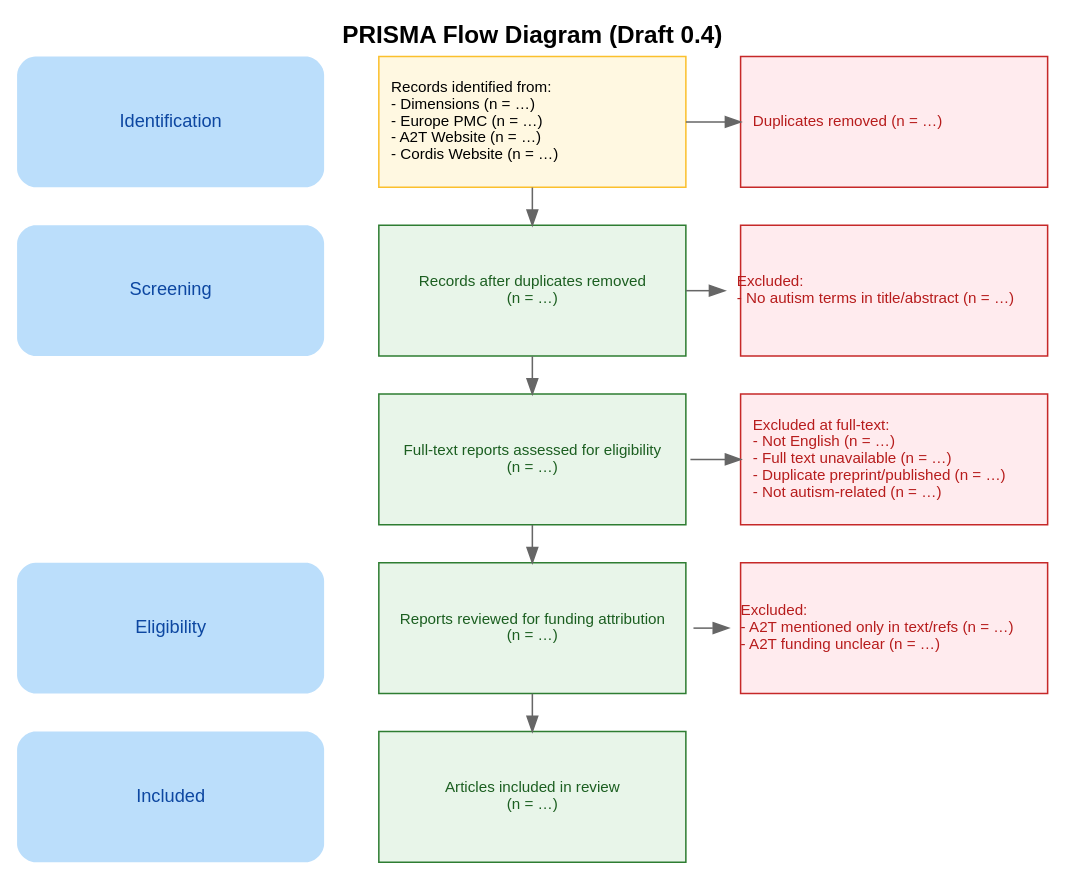
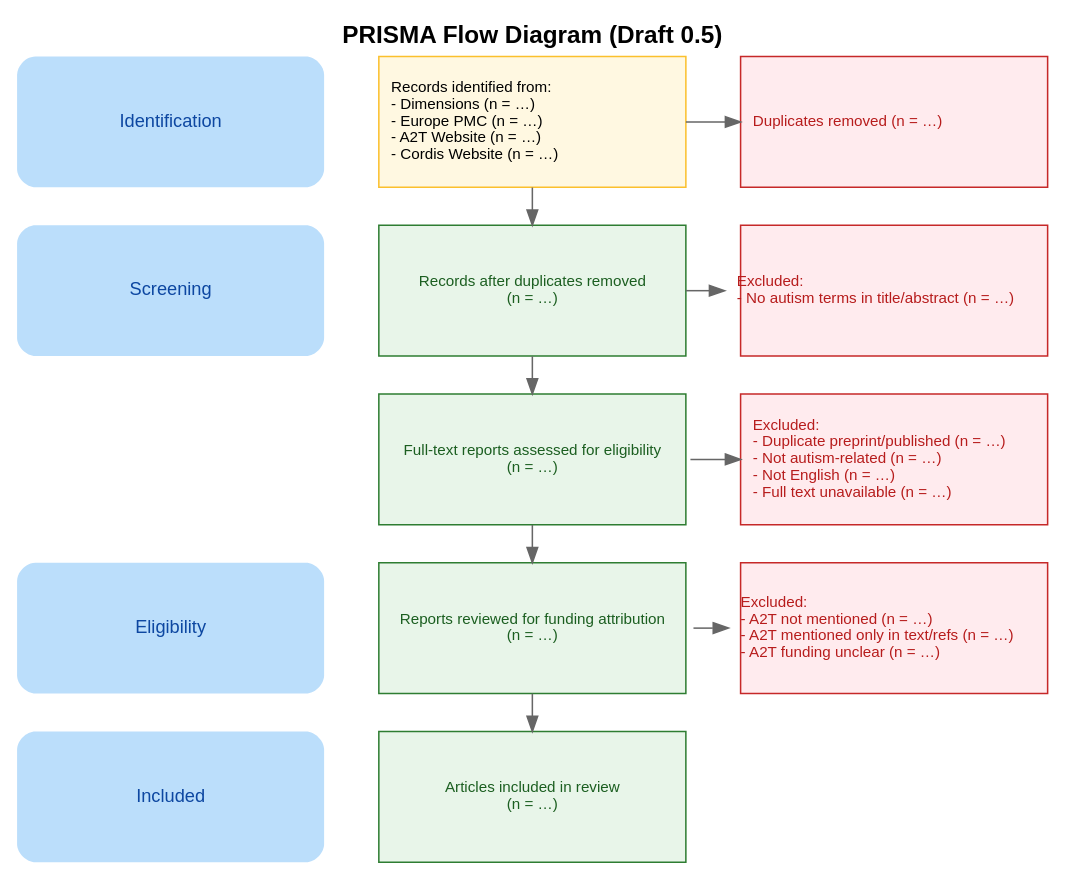
One commit to cedric-detienne/Autistic-participatory-metrics changed the diagram in corpus/AIMS-2-TRIALS/protocol/prisma_diagram/prisma_diagram.dot. Above: the diagram before and after it, drawn with Graphviz.

```diff
--- a/corpus/AIMS-2-TRIALS/protocol/prisma_diagram/prisma_diagram.dot
+++ b/corpus/AIMS-2-TRIALS/protocol/prisma_diagram/prisma_diagram.dot
@@ -1,60 +1,60 @@
 digraph PRISMA2020 {
   /* ── Global settings ─────────────────────────────────────────────── */
   rankdir = TB
   labelloc = "t"
-  label = "PRISMA Flow Diagram (Draft 0.4)"
+  label = "PRISMA Flow Diagram (Draft 0.5)"
   fontsize = 16
   fontname = "Helvetica-Bold"
 
   nodesep = 0.5
   ranksep = 0.35
 
   node [shape=box, fontname="Helvetica", fontsize=10, style=filled, width=2.8, fixedsize=true, height=1.2]
   edge [color=gray40]
 
   /* ── Main flow nodes (green) ─────────────────────────────────────── */
   R1  [label="Records identified from:\l- Dimensions (n = …)\l- Europe PMC (n = …)\l- A2T Website (n = …)\l- Cordis Website (n = …)\l", fillcolor="#fff8e1", color="#fbc02d"];
   R2  [label="Records after duplicates removed\n(n = …)",                    fillcolor="#e8f5e9", color="#2e7d32", fontcolor="#1b5e20"];
   R3  [label="Full‑text reports assessed for eligibility\n(n = …)",          fillcolor="#e8f5e9", color="#2e7d32", fontcolor="#1b5e20"];
   R4  [label="Reports reviewed for funding attribution\n(n = …)",                   fillcolor="#e8f5e9", color="#2e7d32", fontcolor="#1b5e20"];
   R5  [label="Articles included in review\n(n = …)",                         fillcolor="#e8f5e9", color="#2e7d32", fontcolor="#1b5e20"];
 
   /* ── Exclusion blocks (red) ──────────────────────────────────────── */
   X1 [label="Duplicates removed (n = …)\l",                                       fillcolor="#ffebee", color="#c62828", fontcolor="#b71c1c"];
   X2 [label="Excluded:\l- No autism terms in title/abstract (n = …)\l",          fillcolor="#ffebee", color="#c62828", fontcolor="#b71c1c"];
-  X3 [label="Excluded at full‑text:\l- Not English (n = …)\l- Full text unavailable (n = …)\l- Duplicate preprint/published (n = …)\l- Not autism‑related (n = …)\l", fillcolor="#ffebee", color="#c62828", fontcolor="#b71c1c"];
-  X4 [label="Excluded:\l- A2T mentioned only in text/refs (n = …)\l- A2T funding unclear (n = …)\l", fillcolor="#ffebee", color="#c62828", fontcolor="#b71c1c"];
+  X3 [label="Excluded:\l- Duplicate preprint/published (n = …)\l- Not autism‑related (n = …)\l- Not English (n = …)\l- Full text unavailable (n = …)\l", fillcolor="#ffebee", color="#c62828", fontcolor="#b71c1c"];
+  X4 [label="Excluded:\l- A2T not mentioned (n = …)\l- A2T mentioned only in text/refs (n = …)\l- A2T funding unclear (n = …)\l", fillcolor="#ffebee", color="#c62828", fontcolor="#b71c1c"];
 
   /* ── Phase labels (blue, plaintext) ─────────────────────────────── */
   node [shape=plaintext, fontname="Helvetica", fontsize=12,
         fillcolor="#bbdefb", style="rounded,filled", color="#0d47a1", fontcolor="#0d47a1"]
   L1 [label="Identification"];
   L2 [label="Screening"];
   L3 [label="Eligibility"];
   L4 [label="Included"];
 
   /* ── Rank alignments ─────────────────────────────────────────────── */
   { rank=same; L1; R1; X1 }
   { rank=same;  L2;    R2; X2 }
   { rank=same;    R3; X3 }
   { rank=same; L3;   R4; X4 }
   { rank=same; L4;   R5 }
 
   /* ── Main flow arrows ───────────────────────────────────────────── */
   R1 -> R2
   R2 -> R3
   R3 -> R4
   R4 -> R5
 
   /* ── Exclusion arrows (visible) ─────────────────────────────────── */
   R1:e -> X1:w
   R2:e -> X2:w
   R3:e -> X3:w
   R4:e -> X4:w
 
   /* ── Invisible edges to align phase labels ──────────────────────── */
   L1 -> R1 [style=invis]
   L2 -> R2 [style=invis]
   L3 -> R4 [style=invis]
   L4 -> R5 [style=invis]
 }
```
